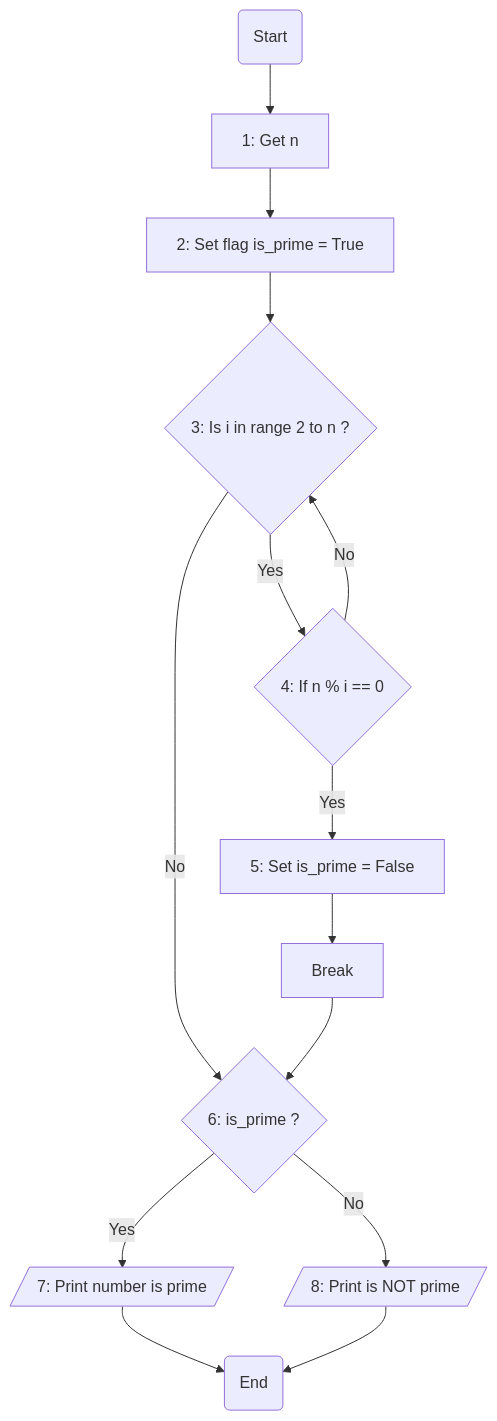
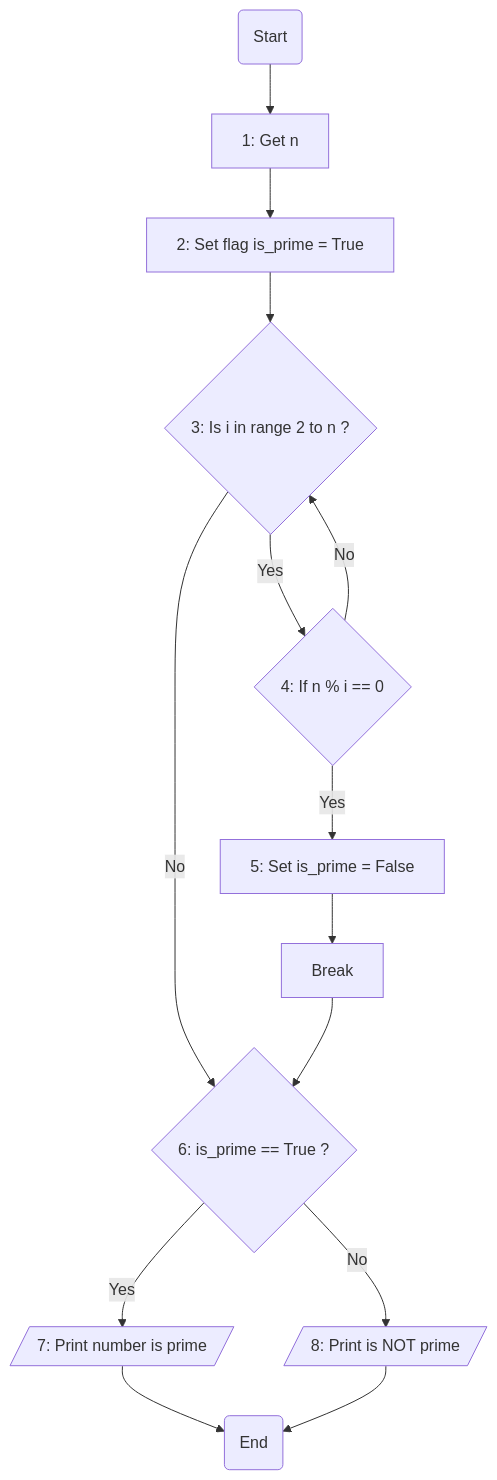
Before and after one commit to hayyaun/kids: the diagram in helps/exercise-3-2.md, drawn with Mermaid.

````diff
--- a/helps/exercise-3-2.md
+++ b/helps/exercise-3-2.md
@@ -40,19 +40,19 @@
 ```mermaid
 flowchart TD
     A(Start) --> E[1: Get n]
     E --> F[2: Set flag is_prime = True]
     F --> G{3: Is i in range 2 to n ?}
     G -- Yes --> H{4: If n % i == 0}
     H -- No --> G
     H -- Yes --> J[5: Set is_prime = False]
     J --> B[Break]
-    G -- No --> I{6: is_prime ?}
+    G -- No --> I{6: is_prime == True ?}
     I -- Yes --> X[7: Print number is prime]
     I -- No --> Y[8: Print is NOT prime]
     B --> I
     X --> Z(End)
     Y --> Z(End)
 
     X@{ shape: in-out}
     Y@{ shape: in-out}
 ```
````
